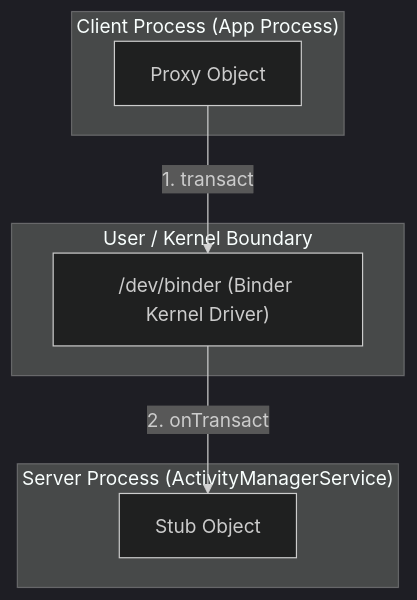
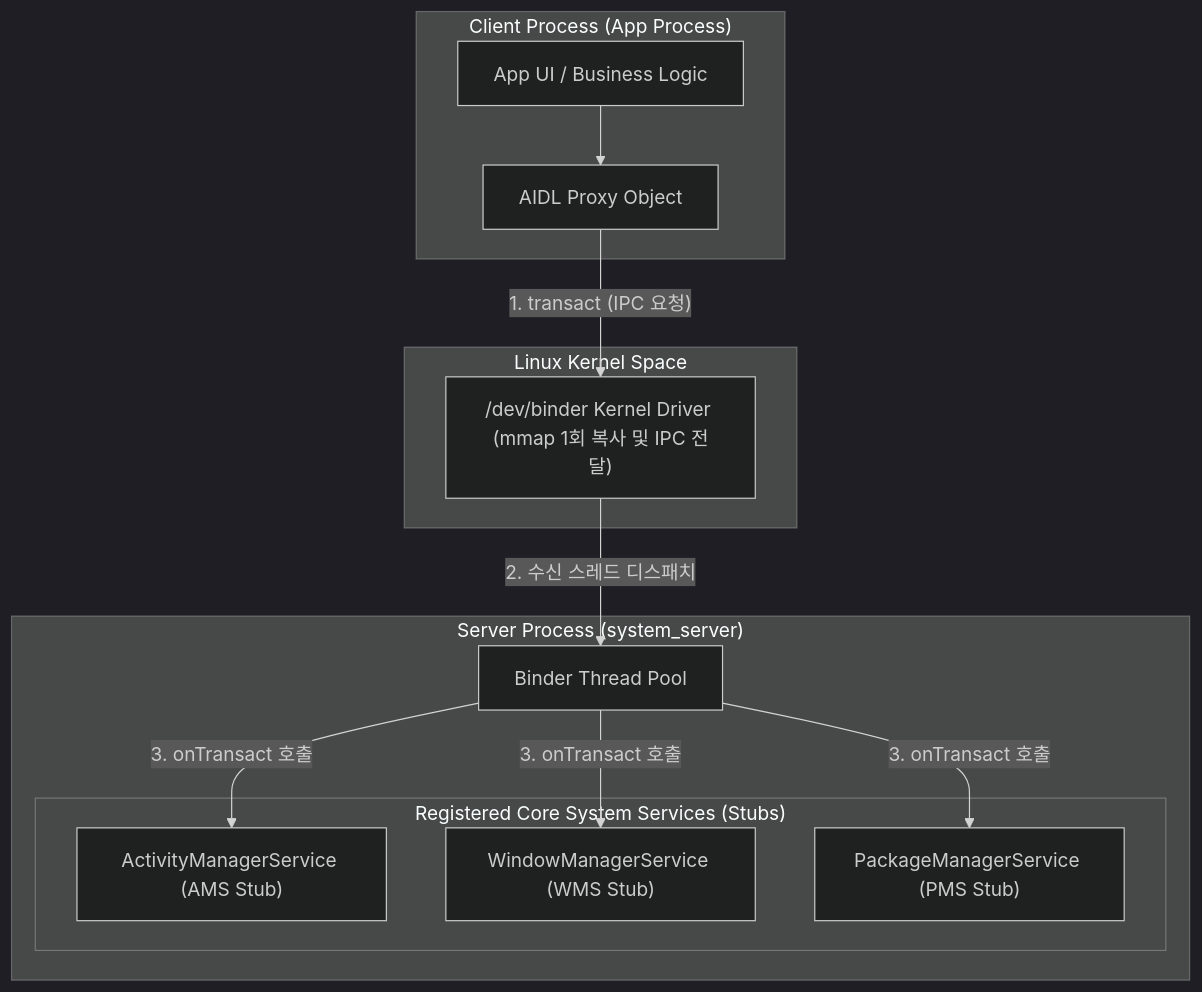
One commit to youngmin-gwon/what-i-studied changed the diagram in 01_inbox/mobile/android/01_system_internals/binder-ipc.md. Above: the diagram before and after it, drawn with Mermaid (dark theme). The commit also changed other lines of this file and 2 other files, not shown here.

````diff
--- a/01_inbox/mobile/android/01_system_internals/binder-ipc.md
+++ b/01_inbox/mobile/android/01_system_internals/binder-ipc.md
@@ -23,17 +23,26 @@
 ```mermaid
 graph TD
-    subgraph ClientProcess ["Client Process (App Process)"]
-        Proxy["Proxy Object"]
+    subgraph ClientProc ["Client Process (App Process)"]
+        AppUI["App UI / Business Logic"] --> Proxy["AIDL Proxy Object"]
     end
 
-    subgraph ServerProcess ["Server Process (ActivityManagerService)"]
-        Stub["Stub Object"]
+    subgraph KernelSpace ["Linux Kernel Space"]
+        BinderDriver["/dev/binder Kernel Driver (mmap 1회 복사 및 IPC 전달)"]
     end
 
-    subgraph KernelBoundary ["User / Kernel Boundary"]
-        Driver["/dev/binder (Binder Kernel Driver)"]
+    subgraph ServerProc ["Server Process (system_server)"]
+        ThreadPool["Binder Thread Pool"]
+        
+        subgraph SystemServices ["Registered Core System Services (Stubs)"]
+            AMS["ActivityManagerService (AMS Stub)"]
+            WMS["WindowManagerService (WMS Stub)"]
+            PMS["PackageManagerService (PMS Stub)"]
+        end
     end
 
-    Proxy -->|1. transact| Driver
-    Driver -->|2. onTransact| Stub
+    Proxy -->|"1. transact (IPC 요청)"| BinderDriver
+    BinderDriver -->|"2. 수신 스레드 디스패치"| ThreadPool
+    ThreadPool -->|"3. onTransact 호출"| AMS
+    ThreadPool -->|"3. onTransact 호출"| WMS
+    ThreadPool -->|"3. onTransact 호출"| PMS
 ```
````
